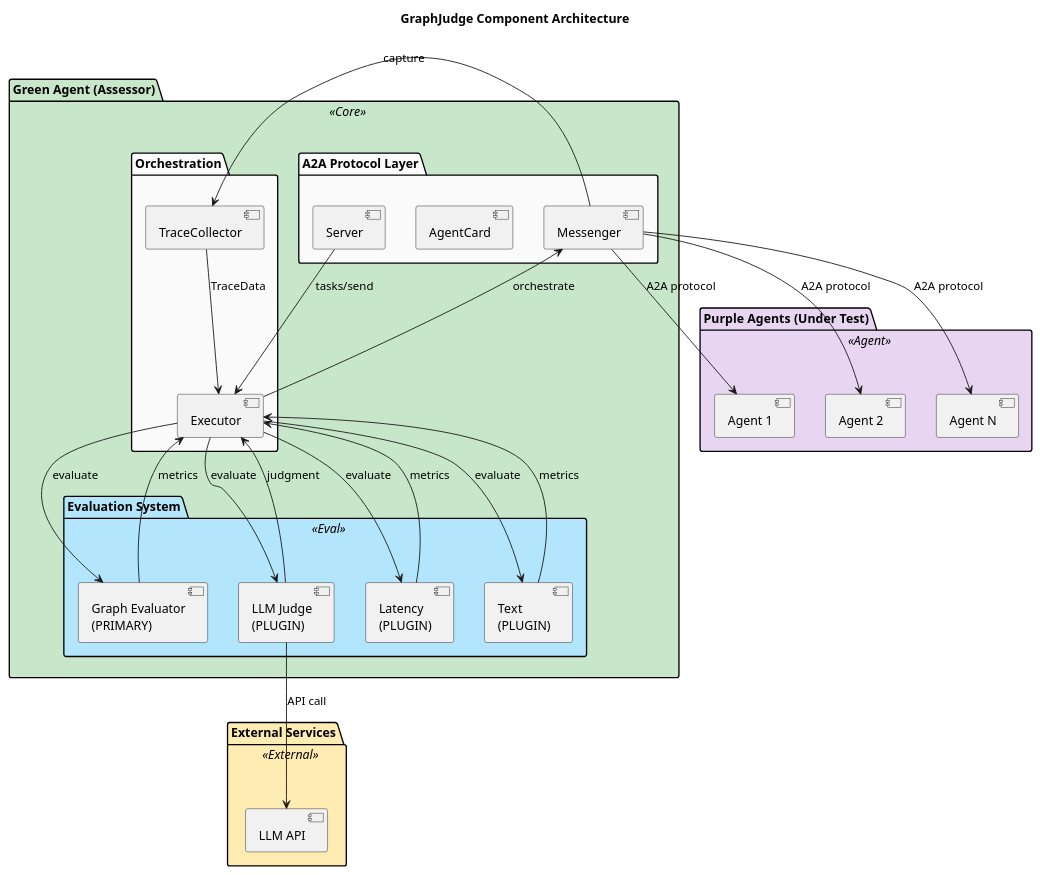
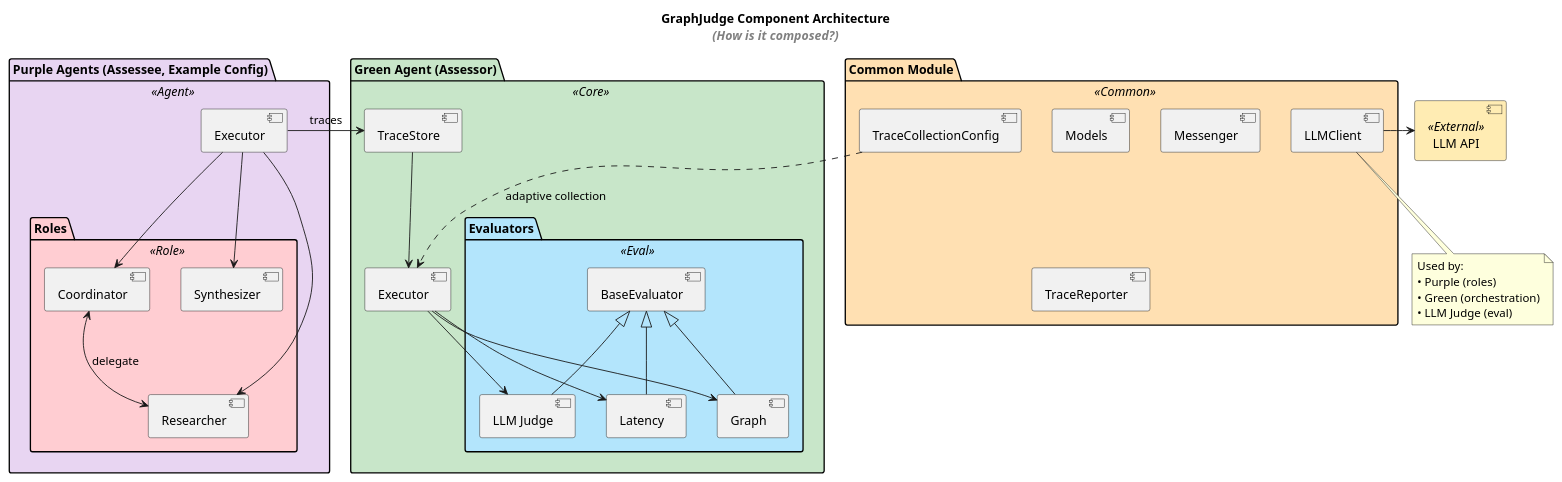
Before and after one commit to qte77/RDI-AgentBeats-MAS-GraphJudge: the diagram in docs/arch_vis/ComponentDiagram.puml, drawn with PlantUML. The commit also changed 160 other files, not shown here.

First line of the commit message:
feat: Green Agent evaluation pipeline, tracing architecture, common module (#5)

```diff
--- a/docs/arch_vis/ComponentDiagram.puml
+++ b/docs/arch_vis/ComponentDiagram.puml
@@ -1,72 +1,77 @@
 @startuml ComponentDiagram
-title GraphJudge Component Architecture
+title GraphJudge Component Architecture\n//<color:gray>(How is it composed?)</color>//
 
 skinparam component {
     BackgroundColor<<Agent>> #E8D5F2
     BackgroundColor<<Core>> #C8E6C9
     BackgroundColor<<Eval>> #B3E5FC
     BackgroundColor<<External>> #FFECB3
+    BackgroundColor<<Common>> #FFE0B2
+    BackgroundColor<<Role>> #FFCDD2
 }
 
 skinparam package {
     BackgroundColor #FAFAFA
 }
 
-package "Purple Agents (Under Test)" <<Agent>> #E8D5F2 {
-    component [Agent 1] as P1
-    component [Agent 2] as P2
-    component [Agent N] as PN
+' Top: Shared infrastructure
+package "Common Module" <<Common>> #FFE0B2 {
+    component [Models] as Models
+    component [Messenger] as CommonMessenger
+    component [TraceReporter] as TraceReporter
+    component [LLMClient] as LLMFactory
+    component [TraceCollectionConfig] as TraceCollectionCfg
+}
+
+component [LLM API] as LLMApi <<External>> #FFECB3
+
+' Middle: Agent packages side by side
+package "Purple Agents (Assessee, Example Config)" <<Agent>> #E8D5F2 {
+    component [Executor] as PurpleExec
+
+    package "Roles" <<Role>> #FFCDD2 {
+        component [Coordinator] as CoordRole
+        component [Researcher] as ResearchRole
+        component [Synthesizer] as SynthRole
+    }
+
+    PurpleExec -down-> CoordRole
+    PurpleExec -down-> ResearchRole
+    PurpleExec -down-> SynthRole
+    CoordRole <--> ResearchRole : delegate
 }
 
 package "Green Agent (Assessor)" <<Core>> #C8E6C9 {
+    component [TraceStore] as TraceStore
+    component [Executor] as GreenExec
 
-    package "A2A Protocol Layer" {
-        component [Server] as Server
-        component [AgentCard] as Card
-        component [Messenger] as Messenger
+    package "Evaluators" <<Eval>> #B3E5FC {
+        component [BaseEvaluator] as BaseEval
+        component [Graph] as GraphEval
+        component [LLM Judge] as LLMEval
+        component [Latency] as LatencyEval
+
+        GraphEval -up-|> BaseEval
+        LLMEval -up-|> BaseEval
+        LatencyEval -up-|> BaseEval
     }
 
-    package "Orchestration" {
-        component [Executor] as Executor
-        component [TraceCollector] as Trace
-    }
-
-    package "Evaluation System" <<Eval>> #B3E5FC {
-        component [Graph Evaluator\n(PRIMARY)] as GraphEval
-        component [LLM Judge\n(PLUGIN)] as LLMEval
-        component [Latency\n(PLUGIN)] as LatencyEval
-        component [Text\n(PLUGIN)] as TextEval
-    }
+    TraceStore -down-> GreenExec
+    GreenExec -down-> GraphEval
+    GreenExec -down-> LLMEval
+    GreenExec -down-> LatencyEval
 }
 
-package "External Services" <<External>> #FFECB3 {
-    component [LLM API] as LLMApi
-}
+' Cross-package flows
+PurpleExec -right-> TraceStore : traces
+LLMFactory -right-> LLMApi
+TraceCollectionCfg .down.> GreenExec : adaptive collection
 
-' Request flow
-Server --> Executor : tasks/send
-Executor --> Messenger : orchestrate
-
-' Purple Agent communication
-Messenger --> P1 : A2A protocol
-Messenger --> P2 : A2A protocol
-Messenger --> PN : A2A protocol
-
-' Trace collection
-Messenger --> Trace : capture
-Trace --> Executor : TraceData
-
-' Evaluation
-Executor --> GraphEval : evaluate
-Executor --> LLMEval : evaluate
-Executor --> LatencyEval : evaluate
-Executor --> TextEval : evaluate
-LLMEval --> LLMApi : API call
-
-' Results
-GraphEval --> Executor : metrics
-LLMEval --> Executor : judgment
-LatencyEval --> Executor : metrics
-TextEval --> Executor : metrics
+note bottom of LLMFactory
+  Used by:
+  • Purple (roles)
+  • Green (orchestration)
+  • LLM Judge (eval)
+end note
 
 @enduml
```
